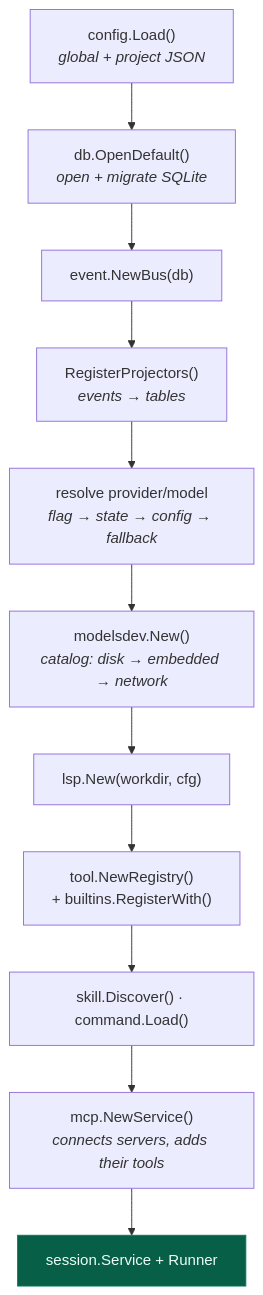
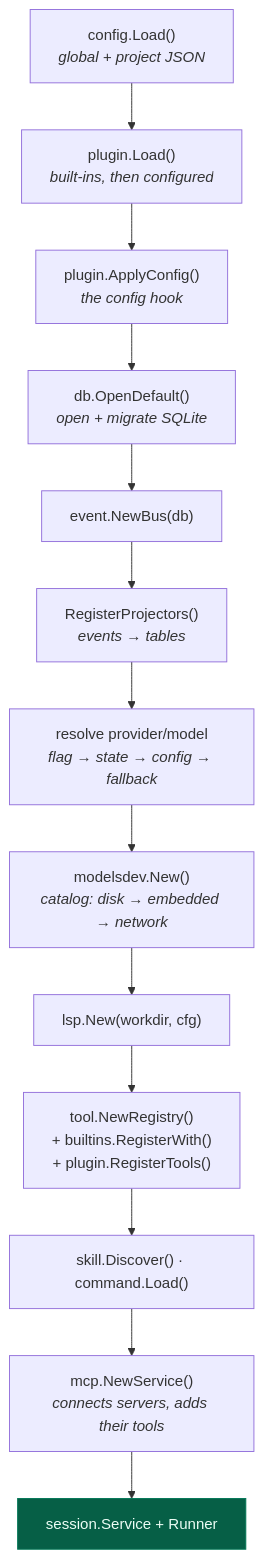
The second of 4 diagrams in documentation/01-architecture.md (langazov/gocode), drawn with Mermaid before and after one commit. The commit also changed other lines of this file and 6 other files, not shown here.

Commit message:
feat(plugins): enhance documentation and architecture for plugin support

````diff
--- a/documentation/01-architecture.md
+++ b/documentation/01-architecture.md
@@ -41,15 +41,17 @@
 ```mermaid
 flowchart TD
-  A["config.Load()<br/><i>global + project JSON</i>"] --> B["db.OpenDefault()<br/><i>open + migrate SQLite</i>"]
+  A["config.Load()<br/><i>global + project JSON</i>"] --> P["plugin.Load()<br/><i>built-ins, then configured</i>"]
+  P --> P2["plugin.ApplyConfig()<br/><i>the config hook</i>"]
+  P2 --> B["db.OpenDefault()<br/><i>open + migrate SQLite</i>"]
   B --> C["event.NewBus(db)"]
   C --> D["RegisterProjectors()<br/><i>events → tables</i>"]
   D --> E["resolve provider/model<br/><i>flag → state → config → fallback</i>"]
   E --> F["modelsdev.New()<br/><i>catalog: disk → embedded → network</i>"]
   F --> G["lsp.New(workdir, cfg)"]
-  G --> H["tool.NewRegistry()<br/>+ builtins.RegisterWith()"]
+  G --> H["tool.NewRegistry()<br/>+ builtins.RegisterWith()<br/>+ plugin.RegisterTools()"]
   H --> I["skill.Discover() · command.Load()"]
   I --> J["mcp.NewService()<br/><i>connects servers, adds their tools</i>"]
   J --> K["session.Service + Runner"]
 
   style K fill:#065f46,stroke:#047857,color:#ecfdf5
 ```
````
